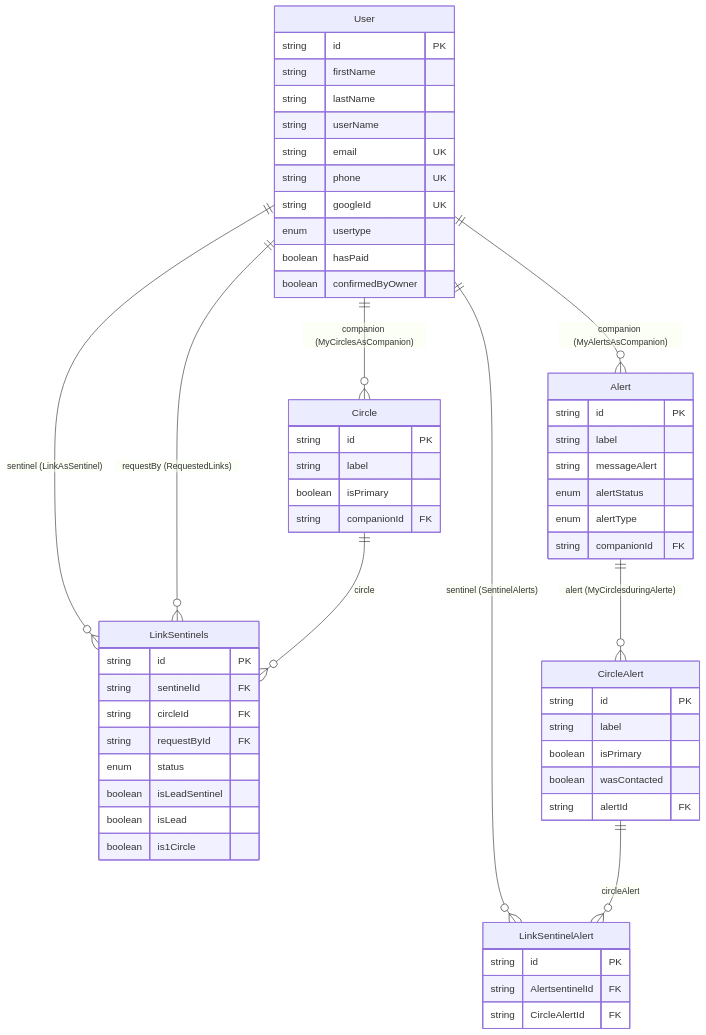
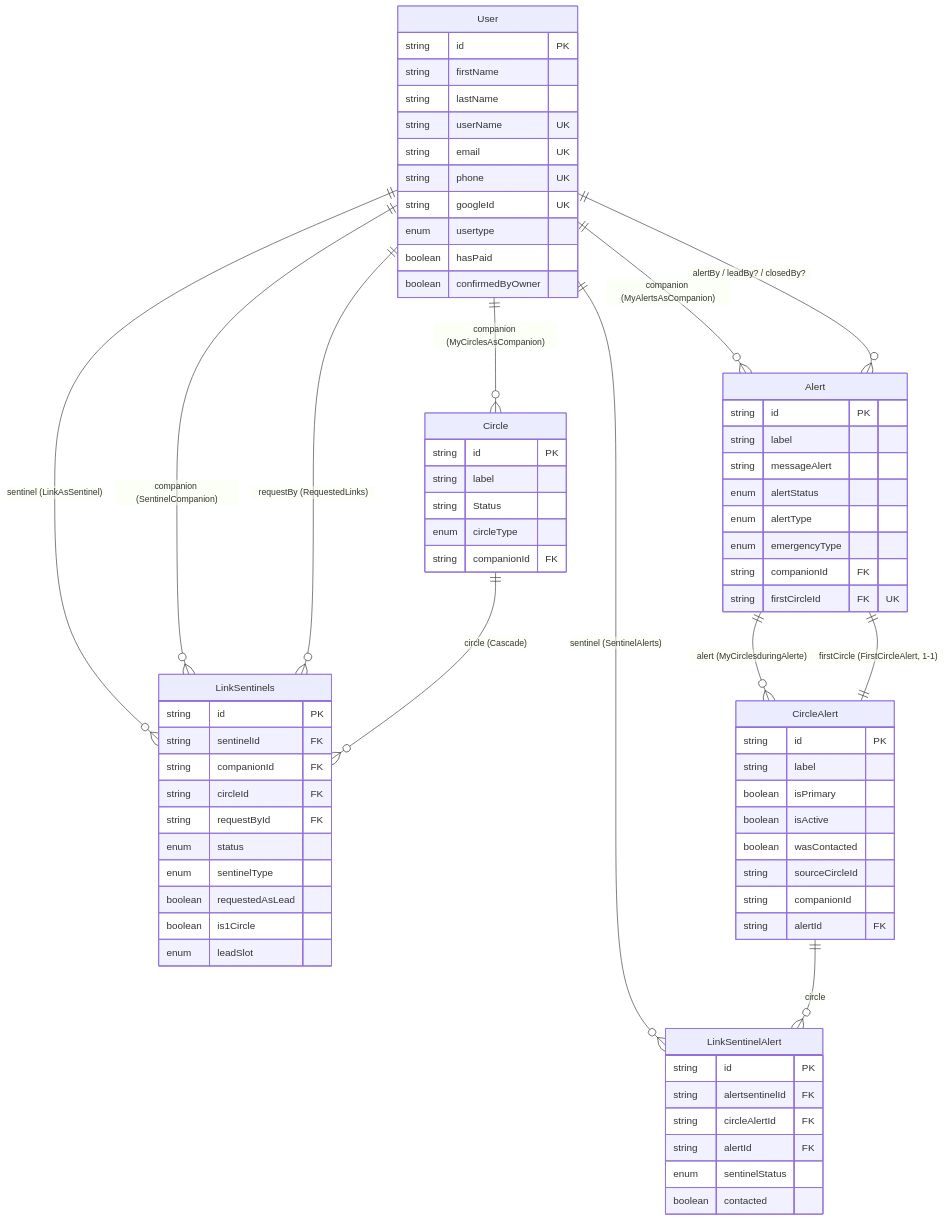
One commit to Sylvfo/MySentinelCircle changed the first of 3 diagrams in backend/prisma/DB_schéma.md. Above: the diagram before and after it, drawn with Mermaid. The commit also changed other lines of this file and 2 other files, not shown here.

````diff
--- a/backend/prisma/DB_schéma.md
+++ b/backend/prisma/DB_schéma.md
@@ -10,65 +16,79 @@
 ```mermaid
 erDiagram
   User        ||--o{ Circle             : "companion (MyCirclesAsCompanion)"
   User        ||--o{ Alert              : "companion (MyAlertsAsCompanion)"
+  User        ||--o{ Alert              : "alertBy / leadBy? / closedBy?"
   User        ||--o{ LinkSentinels      : "sentinel (LinkAsSentinel)"
+  User        ||--o{ LinkSentinels      : "companion (SentinelCompanion)"
   User        ||--o{ LinkSentinels      : "requestBy (RequestedLinks)"
-  Circle      ||--o{ LinkSentinels      : "circle"
+  Circle      ||--o{ LinkSentinels      : "circle (Cascade)"
   User        ||--o{ LinkSentinelAlert  : "sentinel (SentinelAlerts)"
   Alert       ||--o{ CircleAlert        : "alert (MyCirclesduringAlerte)"
-  CircleAlert ||--o{ LinkSentinelAlert  : "circleAlert"
+  CircleAlert ||--|| Alert              : "firstCircle (FirstCircleAlert, 1-1)"
+  CircleAlert ||--o{ LinkSentinelAlert  : "circle"
 
   User {
     string id PK
     string firstName
     string lastName
-    string userName
+    string userName UK
     string email UK
     string phone UK
     string googleId UK
     enum   usertype
     boolean hasPaid
     boolean confirmedByOwner
   }
 
   Circle {
     string id PK
     string label
-    boolean isPrimary
+    string Status
+    enum   circleType
     string companionId FK
   }
 
   Alert {
     string id PK
     string label
     string messageAlert
     enum   alertStatus
     enum   alertType
+    enum   emergencyType
     string companionId FK
+    string firstCircleId FK "UK"
   }
 
   LinkSentinels {
     string id PK
     string sentinelId FK
+    string companionId FK
     string circleId FK
     string requestById FK
     enum   status
-    boolean isLeadSentinel
-    boolean isLead
+    enum   sentinelType
+    boolean requestedAsLead
     boolean is1Circle
+    enum   leadSlot
   }
 
   CircleAlert {
     string id PK
     string label
     boolean isPrimary
+    boolean isActive
     boolean wasContacted
+    string sourceCircleId
+    string companionId
     string alertId FK
   }
 
   LinkSentinelAlert {
     string id PK
-    string AlertsentinelId FK
-    string CircleAlertId FK
+    string alertsentinelId FK
+    string circleAlertId FK
+    string alertId FK
+    enum   sentinelStatus
+    boolean contacted
   }
 ```
````
